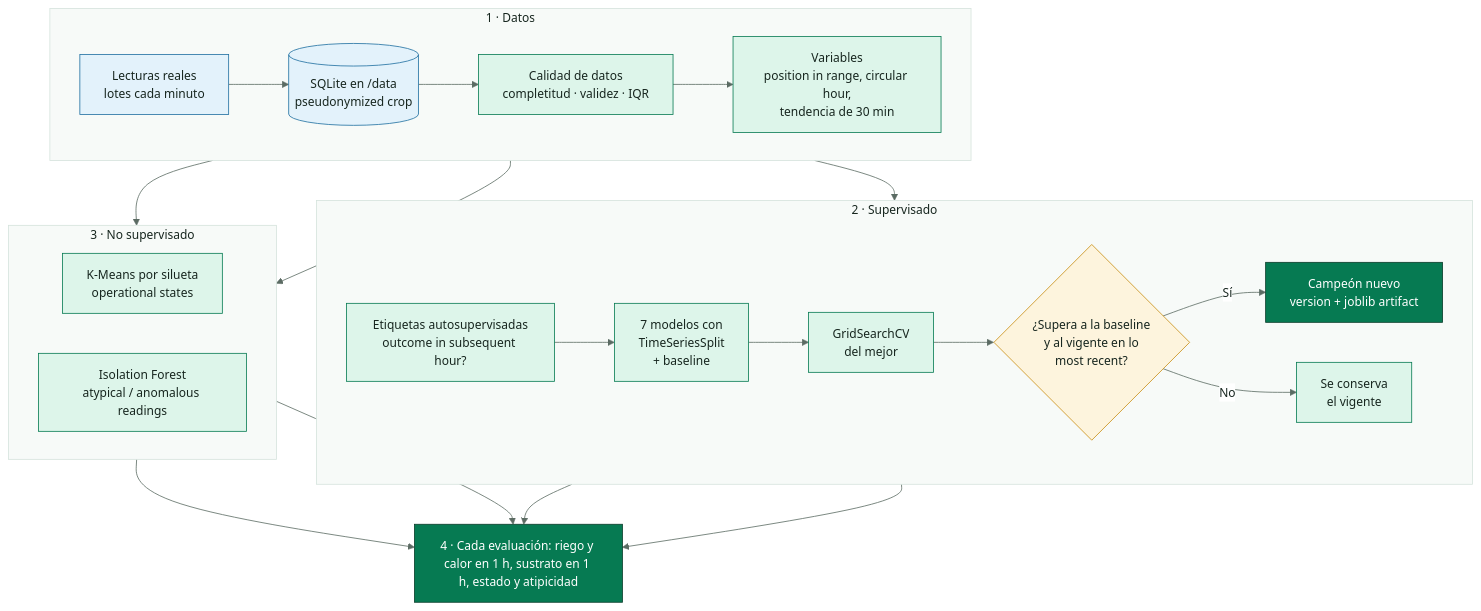
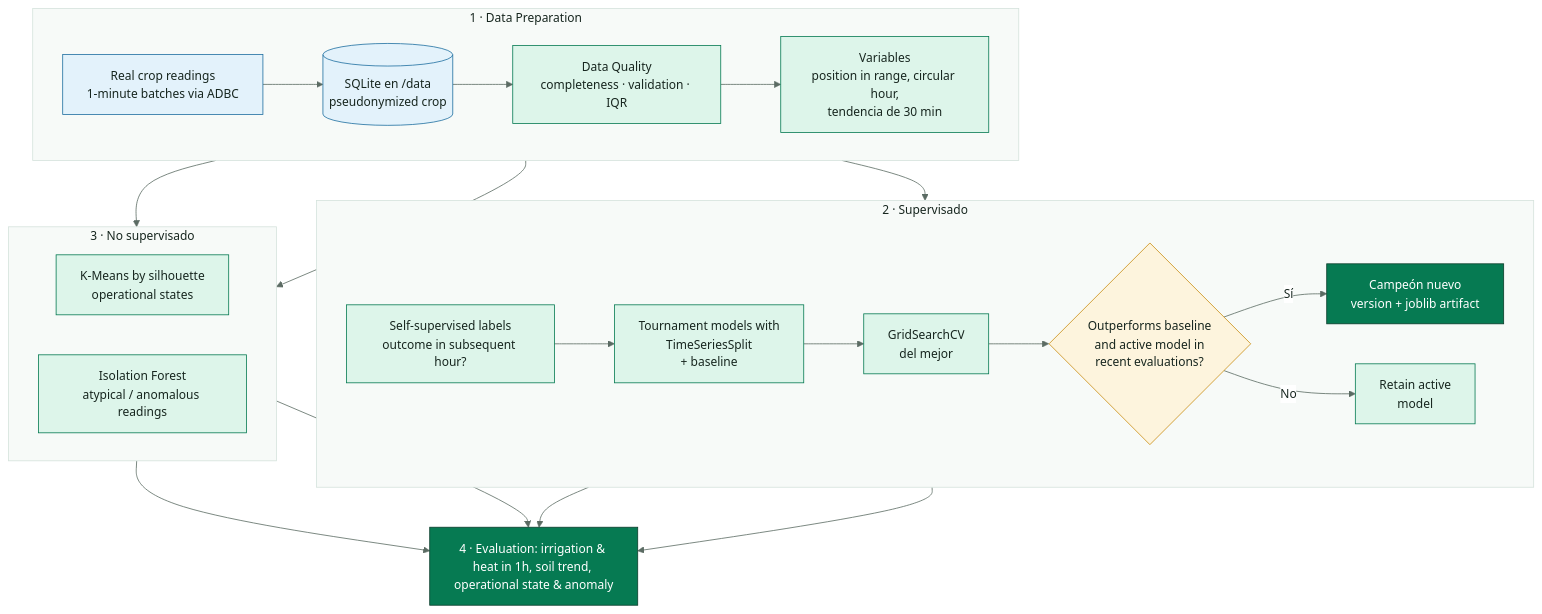
Before and after one commit to SmartPotTech/.github: the seventh of 14 diagrams in docs/SmartPot_Technical_Documentation.md, drawn with Mermaid. The commit also changed other lines of this file and 78 other files, not shown here.

Commit message:
docs(architecture): update and standardize architecture diagrams via archify [skip deploy] #no-deploy

````diff
--- a/docs/SmartPot_Technical_Documentation.md
+++ b/docs/SmartPot_Technical_Documentation.md
@@ -391,39 +391,39 @@
 ```mermaid
 %%{init: {"theme": "base", "fontFamily": "Segoe UI, Arial, sans-serif", "themeVariables": {"fontFamily": "Segoe UI, Arial, sans-serif", "fontSize": "15px", "primaryColor": "#DDF5EA", "primaryTextColor": "#17261F", "primaryBorderColor": "#067A52", "secondaryColor": "#E3F2FB", "secondaryTextColor": "#17261F", "secondaryBorderColor": "#1F6FA0", "tertiaryColor": "#F2F7F4", "tertiaryTextColor": "#17261F", "tertiaryBorderColor": "#D5E3DC", "lineColor": "#5B6B63", "textColor": "#17261F", "mainBkg": "#DDF5EA", "nodeBorder": "#067A52", "clusterBkg": "#F7FAF8", "clusterBorder": "#D5E3DC", "edgeLabelBackground": "#FFFFFF", "actorBkg": "#067A52", "actorBorder": "#0B3D2B", "actorTextColor": "#FFFFFF", "actorLineColor": "#5B6B63", "signalColor": "#17261F", "signalTextColor": "#17261F", "labelBoxBkgColor": "#0B3D2B", "labelBoxBorderColor": "#0B3D2B", "labelTextColor": "#FFFFFF", "loopTextColor": "#0B3D2B", "noteBkgColor": "#FDF4DD", "noteBorderColor": "#C98D12", "noteTextColor": "#17261F", "activationBkgColor": "#DDF5EA", "activationBorderColor": "#067A52", "attributeBackgroundColorOdd": "#FFFFFF", "attributeBackgroundColorEven": "#F2F7F4"}}}%%
 flowchart TB
-  subgraph prep["1 · Datos"]
+  subgraph prep["1 · Data Preparation"]
     direction LR
-    lect["Lecturas reales<br/>lotes cada minuto"] --> alm[("SQLite en /data<br/>pseudonymized crop")]
-    alm --> cal["Calidad de datos<br/>completitud · validez · IQR"]
+    lect["Real crop readings<br/>1-minute batches via ADBC"] --> alm[("SQLite en /data<br/>pseudonymized crop")]
+    alm --> cal["Data Quality<br/>completeness · validation · IQR"]
     cal --> var["Variables<br/>position in range, circular hour,<br/>tendencia de 30 min"]
   end
   subgraph sup["2 · Supervisado"]
     direction LR
-    eti["Etiquetas autosupervisadas<br/>outcome in subsequent hour?"] --> cv["7 modelos con<br/>TimeSeriesSplit<br/>+ baseline"]
+    eti["Self-supervised labels<br/>outcome in subsequent hour?"] --> cv["Tournament models with<br/>TimeSeriesSplit<br/>+ baseline"]
     cv --> gs["GridSearchCV<br/>del mejor"]
-    gs --> cc{"¿Supera a la baseline<br/>y al vigente en lo<br/>most recent?"}
+    gs --> cc{"Outperforms baseline<br/>and active model in<br/>recent evaluations?"}
     cc -->|"Sí"| nuevo["Campeón nuevo<br/>version + joblib artifact"]
-    cc -->|"No"| vig["Se conserva<br/>el vigente"]
+    cc -->|"No"| vig["Retain active<br/>model"]
   end
   subgraph nosup["3 · No supervisado"]
     direction LR
-    km["K-Means por silueta<br/>operational states"]
+    km["K-Means by silhouette<br/>operational states"]
     iso["Isolation Forest<br/>atypical / anomalous readings"]
   end
   var --> eti
   var --> km
   var --> iso
-  inf["4 · Cada evaluación: riego y calor en 1 h, sustrato en 1 h, estado y atipicidad"]
+  inf["4 · Evaluation: irrigation & heat in 1h, soil trend, operational state & anomaly"]
   nuevo --> inf
   vig --> inf
   km --> inf
   iso --> inf
   classDef data fill:#E3F2FB,stroke:#1F6FA0,color:#17261F
   classDef step fill:#DDF5EA,stroke:#067A52,color:#17261F
   classDef ask fill:#FDF4DD,stroke:#C98D12,color:#17261F
   classDef out fill:#067A52,stroke:#0B3D2B,color:#FFFFFF
   class lect,alm data
   class cal,var,eti,cv,gs,km,iso,vig step
   class cc ask
   class nuevo,inf out
 ```
````
